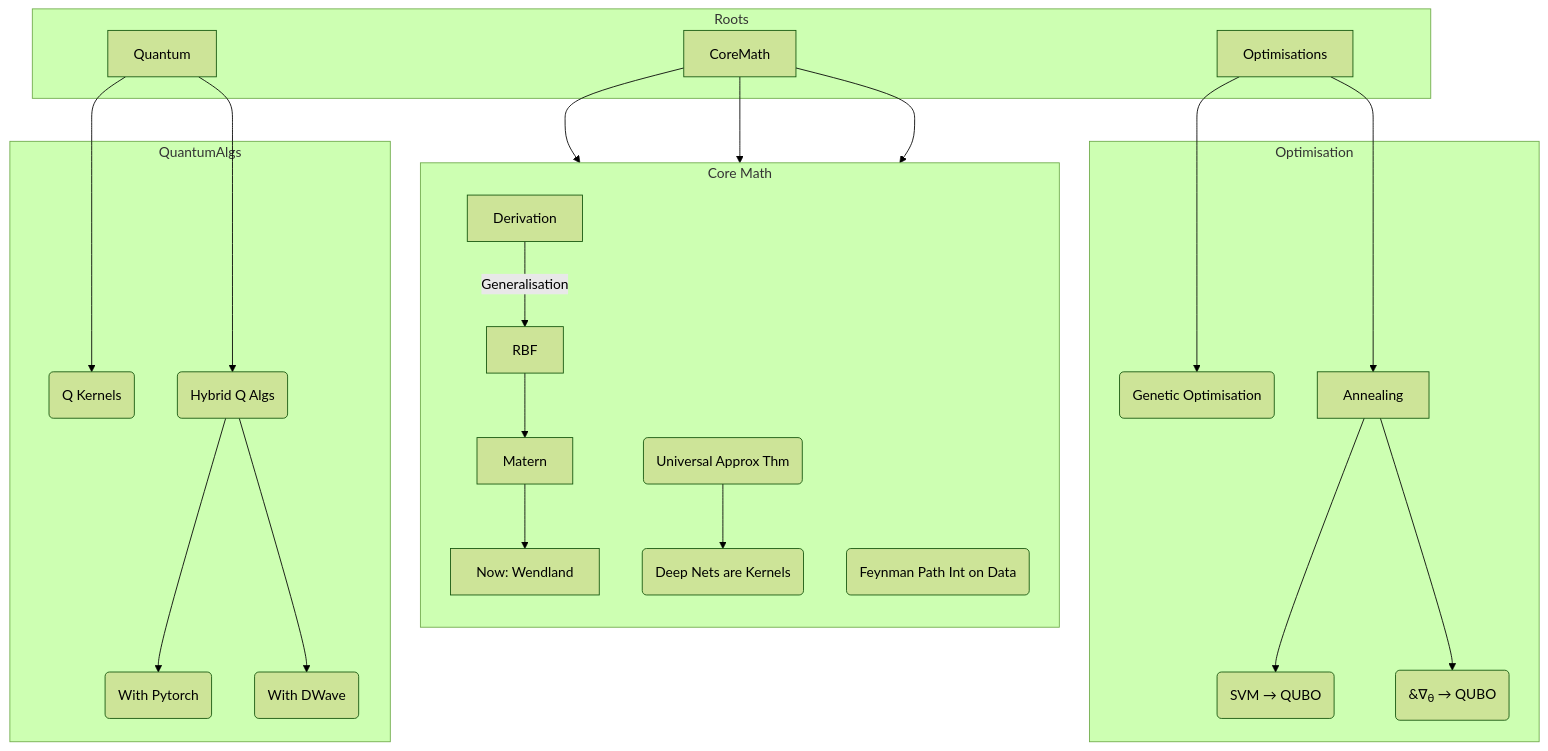
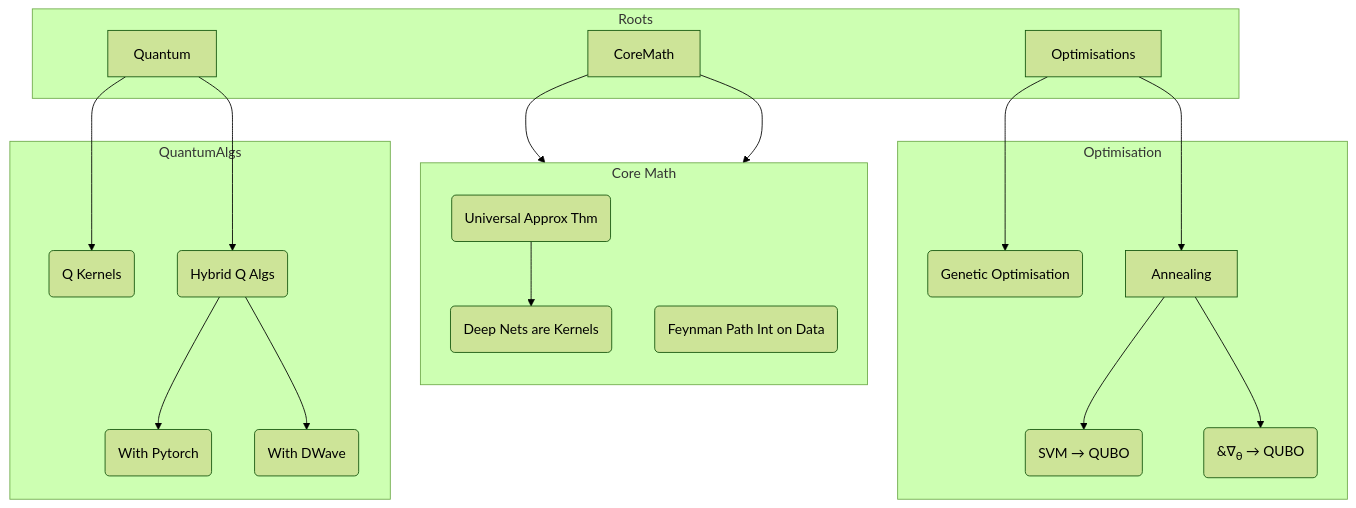
Before and after one commit to plutoniumm/QKerns: the diagram in src/routes/home/timeline.mmd, drawn with Mermaid (forest theme). The commit also changed 8 other files, not shown here.

```diff
--- a/src/routes/home/timeline.mmd
+++ b/src/routes/home/timeline.mmd
@@ -1,29 +1,27 @@
 graph TB
   subgraph Roots
         CoreMath
         Optimisations
         Quantum
     end
 
     subgraph CMS["Core Math"]
         direction TB
-        Derivation -- Generalisation --> RBF --> Matern --> x["Now: Wendland"]
-        CoreMath --> Derivation
 
         CoreMath --> UAT("Universal Approx Thm") --> DeepNets("Deep Nets are Kernels")
         CoreMath --> FeynmanPath("Feynman Path Int on Data")
     end
 
     subgraph Opti["Optimisation"]
         Optimisations --> GeneticOpti("Genetic Optimisation")
         Optimisations --> Annealing --> SVM2QUBO("SVM &rarr; QUBO")
              Annealing --> GradonQUBO("&#8711;<sub>&theta;</sub> &rarr; QUBO")
     end
 
     subgraph QLG["QuantumAlgs"]
         Quantum --> QKerns("Q Kernels")
         Quantum --> Hybrid("Hybrid Q Algs")
 
         Hybrid --> WPytorch("With Pytorch")
         Hybrid --> WDWave("With DWave")
     end
```
